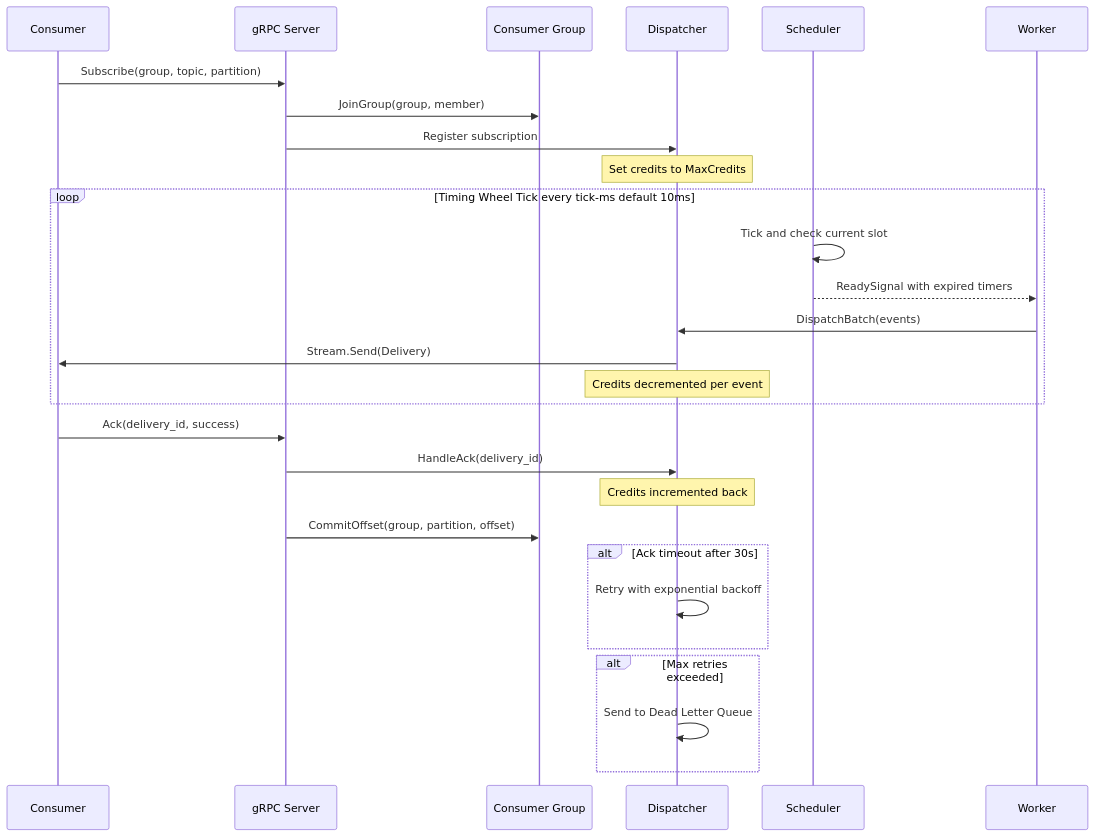
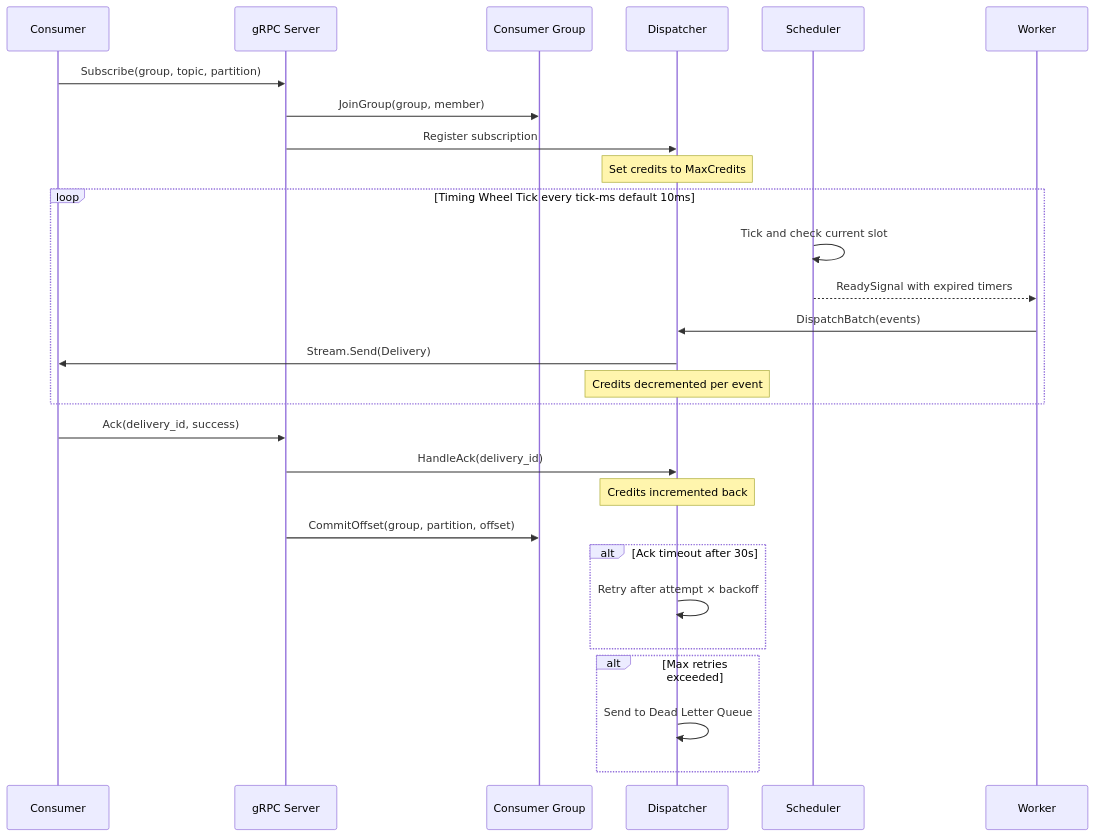
Before and after one commit to jatin711-debug/cronos_db_golang: the sixth of 47 diagrams in ARCHITECTURE.md, drawn with Mermaid. The commit also changed other lines of this file and 13 other files, not shown here.

````diff
--- a/ARCHITECTURE.md
+++ b/ARCHITECTURE.md
@@ -260,35 +260,35 @@
 ```mermaid
 sequenceDiagram
     participant Client as Consumer
     participant gRPC as gRPC Server
     participant CG as Consumer Group
     participant DSP as Dispatcher
     participant SCH as Scheduler
     participant WRK as Worker
 
     Client->>gRPC: Subscribe(group, topic, partition)
     gRPC->>CG: JoinGroup(group, member)
     gRPC->>DSP: Register subscription
     Note over DSP: Set credits to MaxCredits
 
     loop Timing Wheel Tick every tick-ms default 10ms
         SCH->>SCH: Tick and check current slot
         SCH-->>WRK: ReadySignal with expired timers
         WRK->>DSP: DispatchBatch(events)
         DSP->>Client: Stream.Send(Delivery)
         Note over DSP: Credits decremented per event
     end
 
     Client->>gRPC: Ack(delivery_id, success)
     gRPC->>DSP: HandleAck(delivery_id)
     Note over DSP: Credits incremented back
     gRPC->>CG: CommitOffset(group, partition, offset)
 
     alt Ack timeout after 30s
-        DSP->>DSP: Retry with exponential backoff
+        DSP->>DSP: Retry after attempt × backoff
     end
 
     alt Max retries exceeded
         DSP->>DSP: Send to Dead Letter Queue
     end
 ```
````
